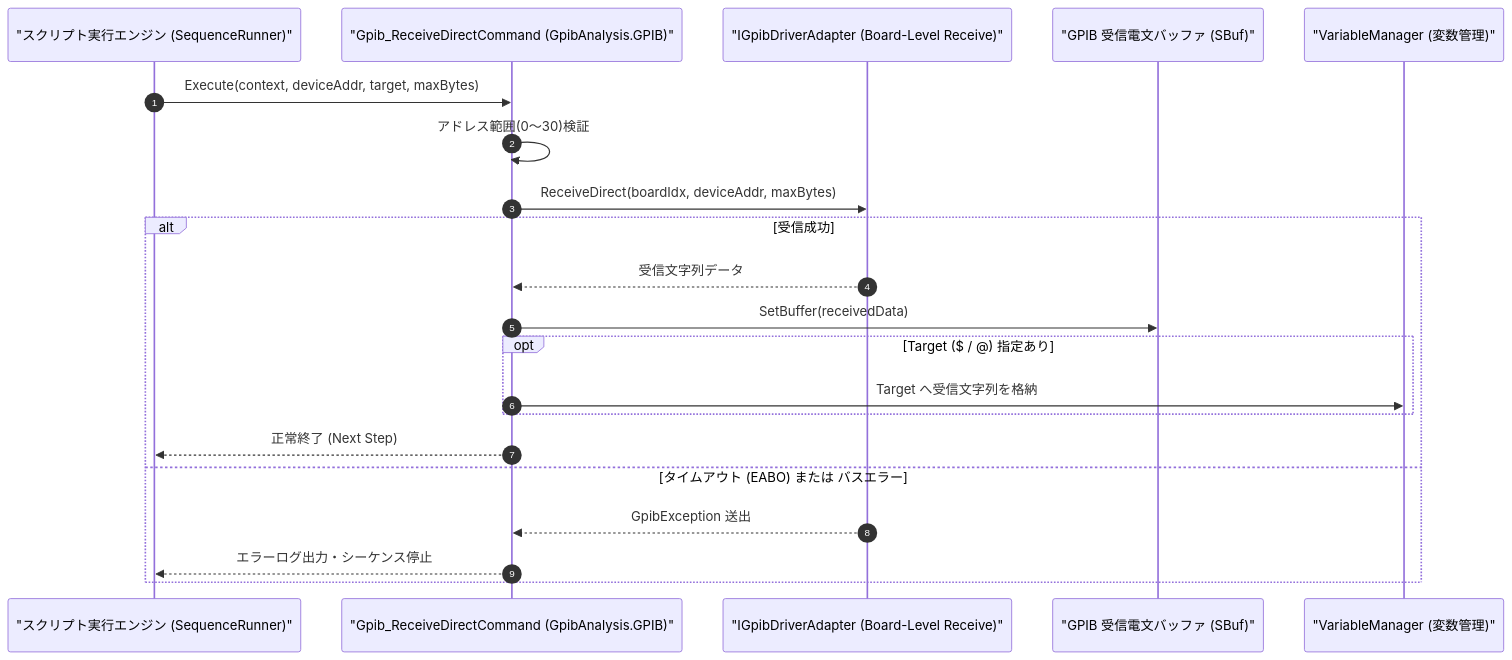
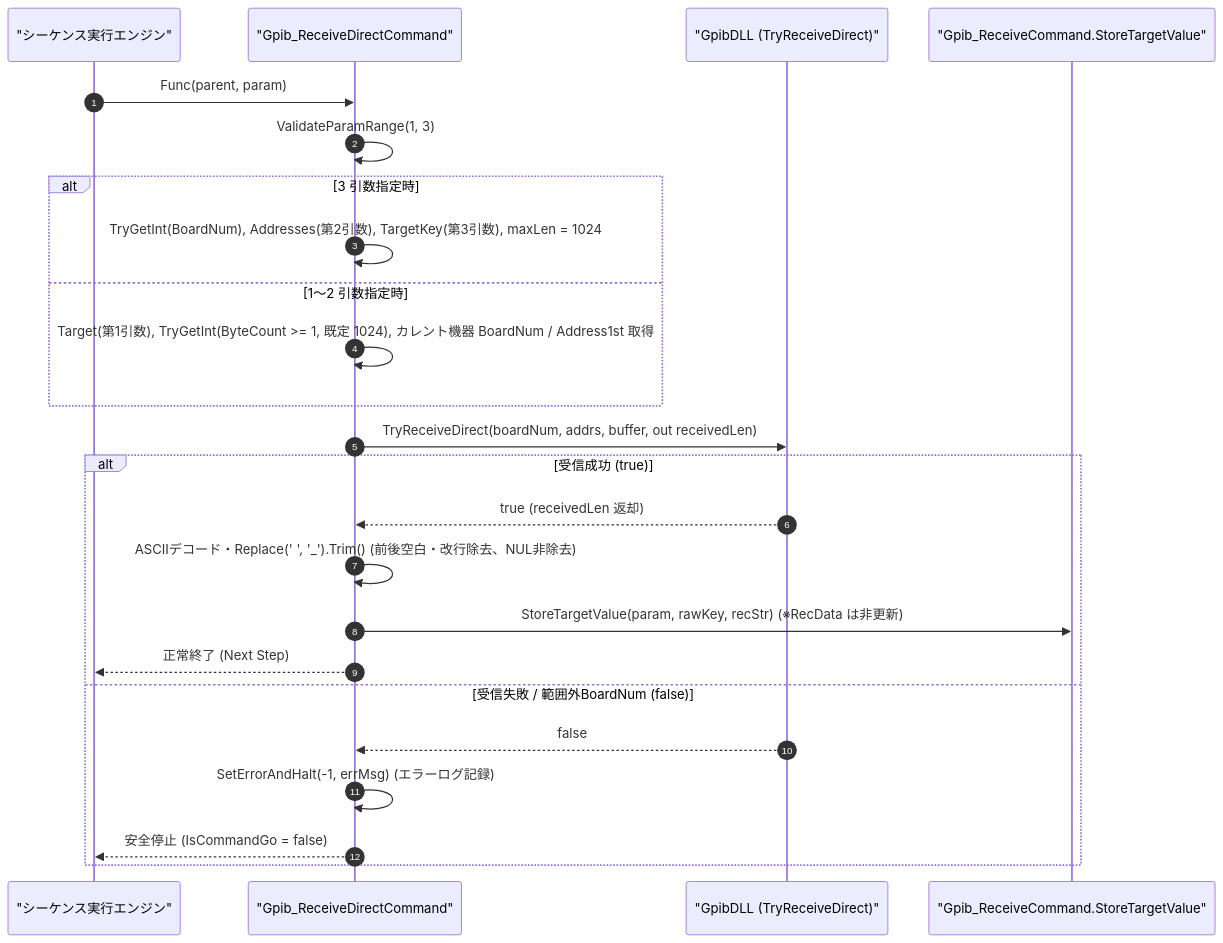
One commit to Monaca-App/GpibAddIn changed the diagram in Manual/GPIB/Gpib_ReceiveDirect.Md. Above: the diagram before and after it, drawn with Mermaid. The commit also changed other lines of this file and 32 other files, not shown here.

````diff
--- a/Manual/GPIB/Gpib_ReceiveDirect.Md
+++ b/Manual/GPIB/Gpib_ReceiveDirect.Md
@@ -70,24 +85,27 @@
 ```mermaid
 sequenceDiagram
     autonumber
-    participant Script as "スクリプト実行エンジン (SequenceRunner)"
-    participant Cmd as "Gpib_ReceiveDirectCommand (GpibAnalysis.GPIB)"
-    participant Drv as "IGpibDriverAdapter (Board-Level Receive)"
-    participant SBuf as "GPIB 受信電文バッファ (SBuf)"
-    participant Var as "VariableManager (変数管理)"
+    participant Script as "シーケンス実行エンジン"
+    participant Cmd as "Gpib_ReceiveDirectCommand"
+    participant Dll as "GpibDLL (TryReceiveDirect)"
+    participant Var as "Gpib_ReceiveCommand.StoreTargetValue"
 
-    Script->>Cmd: Execute(context, deviceAddr, target, maxBytes)
-    Cmd->>Cmd: アドレス範囲(0〜30)検証
-    Cmd->>Drv: ReceiveDirect(boardIdx, deviceAddr, maxBytes)
-    alt 受信成功
-        Drv-->>Cmd: 受信文字列データ
-        Cmd->>SBuf: SetBuffer(receivedData)
-        opt Target ($ / @) 指定あり
-            Cmd->>Var: Target へ受信文字列を格納
-        end
+    Script->>Cmd: Func(parent, param)
+    Cmd->>Cmd: ValidateParamRange(1, 3)
+    alt 3 引数指定時
+        Cmd->>Cmd: TryGetInt(BoardNum), Addresses(第2引数), TargetKey(第3引数), maxLen = 1024
+    else 1〜2 引数指定時
+        Cmd->>Cmd: Target(第1引数), TryGetInt(ByteCount >= 1, 既定 1024), カレント機器 BoardNum / Address1st 取得
+    end
+    Cmd->>Dll: TryReceiveDirect(boardNum, addrs, buffer, out receivedLen)
+    alt 受信成功 (true)
+        Dll-->>Cmd: true (receivedLen 返却)
+        Cmd->>Cmd: ASCIIデコード・Replace(' ', '_').Trim() (前後空白・改行除去、NUL非除去)
+        Cmd->>Var: StoreTargetValue(param, rawKey, recStr) (※RecData は非更新)
         Cmd-->>Script: 正常終了 (Next Step)
-    else タイムアウト (EABO) または バスエラー
-        Drv-->>Cmd: GpibException 送出
-        Cmd-->>Script: エラーログ出力・シーケンス停止
+    else 受信失敗 / 範囲外BoardNum (false)
+        Dll-->>Cmd: false
+        Cmd->>Cmd: SetErrorAndHalt(-1, errMsg) (エラーログ記録)
+        Cmd-->>Script: 安全停止 (IsCommandGo = false)
     end
 ```
````
